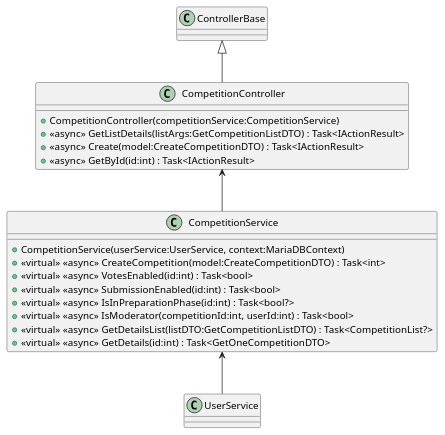
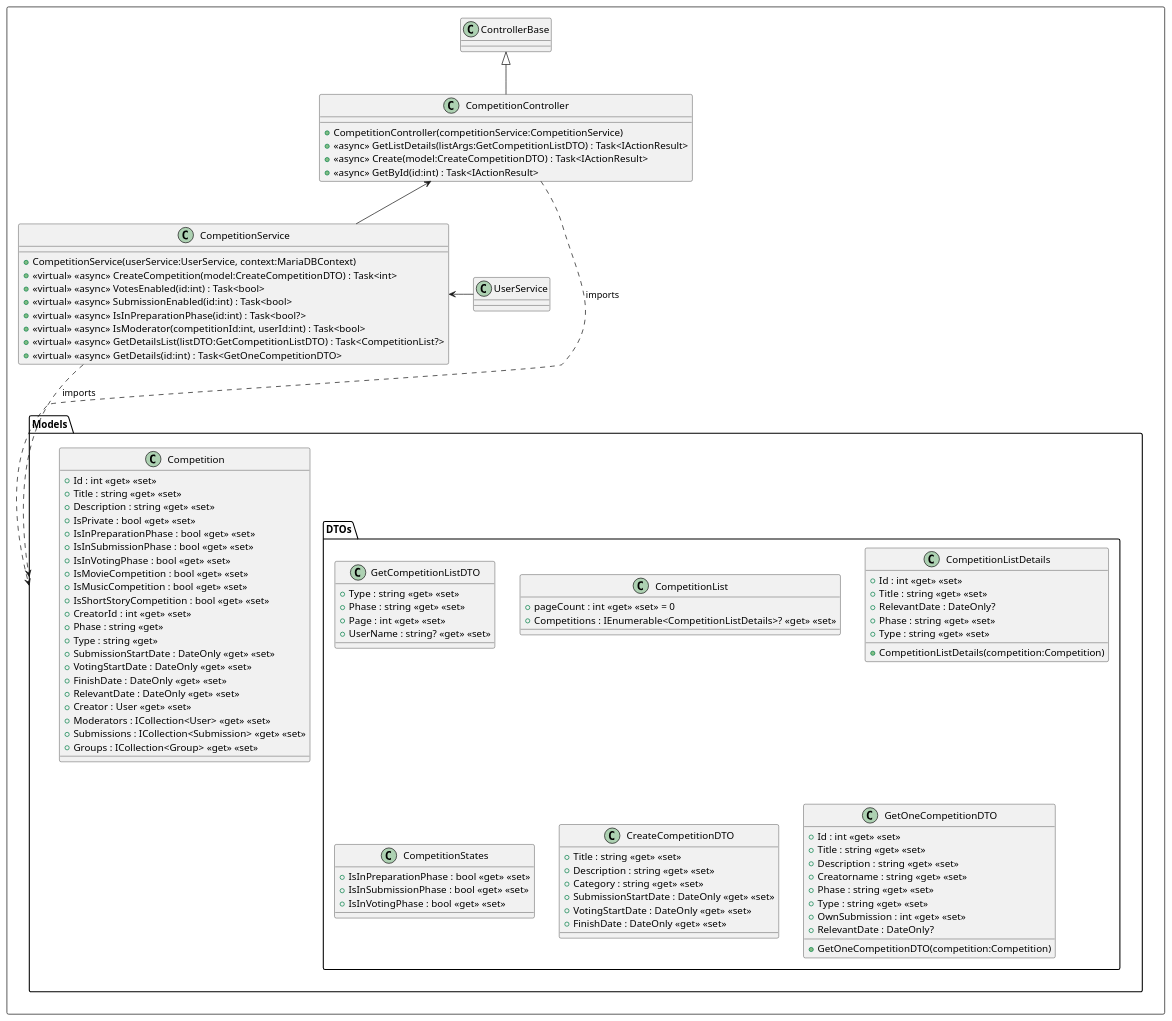
Before and after one commit to CserpakRobert/bsc_szakdolgozat: the diagram in Diagrams/Competition.puml, drawn with PlantUML. The commit also changed 32 other files, not shown here.

```diff
--- a/Diagrams/Competition.puml
+++ b/Diagrams/Competition.puml
@@ -1,21 +1,92 @@
-@startuml asd
+@startuml Competition
+rectangle {
 class CompetitionController {
     + CompetitionController(competitionService:CompetitionService)
     + <<async>> GetListDetails(listArgs:GetCompetitionListDTO) : Task<IActionResult>
     + <<async>> Create(model:CreateCompetitionDTO) : Task<IActionResult>
     + <<async>> GetById(id:int) : Task<IActionResult>
 }
 class CompetitionService {
     + CompetitionService(userService:UserService, context:MariaDBContext)
     + <<virtual>> <<async>> CreateCompetition(model:CreateCompetitionDTO) : Task<int>
     + <<virtual>> <<async>> VotesEnabled(id:int) : Task<bool>
     + <<virtual>> <<async>> SubmissionEnabled(id:int) : Task<bool>
     + <<virtual>> <<async>> IsInPreparationPhase(id:int) : Task<bool?>
     + <<virtual>> <<async>> IsModerator(competitionId:int, userId:int) : Task<bool>
     + <<virtual>> <<async>> GetDetailsList(listDTO:GetCompetitionListDTO) : Task<CompetitionList?>
     + <<virtual>> <<async>> GetDetails(id:int) : Task<GetOneCompetitionDTO>
 }
+
+class Models.DTOs.GetCompetitionListDTO {
+    + Type : string <<get>> <<set>>
+    + Phase : string <<get>> <<set>>
+    + Page : int <<get>> <<set>>
+    + UserName : string? <<get>> <<set>>
+}
+class Models.DTOs.CompetitionList {
+    + pageCount : int <<get>> <<set>> = 0
+    + Competitions : IEnumerable<CompetitionListDetails>? <<get>> <<set>> 
+}
+class Models.DTOs.CompetitionListDetails {
+    + Id : int <<get>> <<set>>
+    + Title : string <<get>> <<set>>
+    + RelevantDate : DateOnly?
+    + Phase : string <<get>> <<set>>
+    + Type : string <<get>> <<set>>
+    + CompetitionListDetails(competition:Competition)
+}
+class Models.DTOs.CompetitionStates {
+    + IsInPreparationPhase : bool <<get>> <<set>>
+    + IsInSubmissionPhase : bool <<get>> <<set>>
+    + IsInVotingPhase : bool <<get>> <<set>>
+}
+class Models.DTOs.CreateCompetitionDTO {
+    + Title : string <<get>> <<set>>
+    + Description : string <<get>> <<set>>
+    + Category : string <<get>> <<set>>
+    + SubmissionStartDate : DateOnly <<get>> <<set>>
+    + VotingStartDate : DateOnly <<get>> <<set>>
+    + FinishDate : DateOnly <<get>> <<set>>
+}
+class Models.DTOs.GetOneCompetitionDTO {
+    + Id : int <<get>> <<set>>
+    + Title : string <<get>> <<set>> 
+    + Description : string <<get>> <<set>> 
+    + Creatorname : string <<get>> <<set>> 
+    + Phase : string <<get>> <<set>>
+    + Type : string <<get>> <<set>>
+    + OwnSubmission : int <<get>> <<set>>
+    + GetOneCompetitionDTO(competition:Competition)
+    + RelevantDate : DateOnly?
+}
+class Models.Competition {
+    + Id : int <<get>> <<set>>
+    + Title : string <<get>> <<set>>
+    + Description : string <<get>> <<set>>
+    + IsPrivate : bool <<get>> <<set>>
+    + IsInPreparationPhase : bool <<get>> <<set>>
+    + IsInSubmissionPhase : bool <<get>> <<set>>
+    + IsInVotingPhase : bool <<get>> <<set>>
+    + IsMovieCompetition : bool <<get>> <<set>>
+    + IsMusicCompetition : bool <<get>> <<set>>
+    + IsShortStoryCompetition : bool <<get>> <<set>>
+    + CreatorId : int <<get>> <<set>>
+    + Phase : string <<get>>
+    + Type : string <<get>>
+    + SubmissionStartDate : DateOnly <<get>> <<set>>
+    + VotingStartDate : DateOnly <<get>> <<set>>
+    + FinishDate : DateOnly <<get>> <<set>>
+    + RelevantDate : DateOnly <<get>> <<set>>
+    + Creator : User <<get>> <<set>>
+    + Moderators : ICollection<User> <<get>> <<set>>
+    + Submissions : ICollection<Submission> <<get>> <<set>>
+    + Groups : ICollection<Group> <<get>> <<set>>
+}
+
 ControllerBase <|-- CompetitionController
 CompetitionController <-- CompetitionService
-CompetitionService <-- UserService
+CompetitionService <- UserService
+CompetitionController ..> Models : imports
+CompetitionService ..> Models : imports
+}
 @enduml
```
